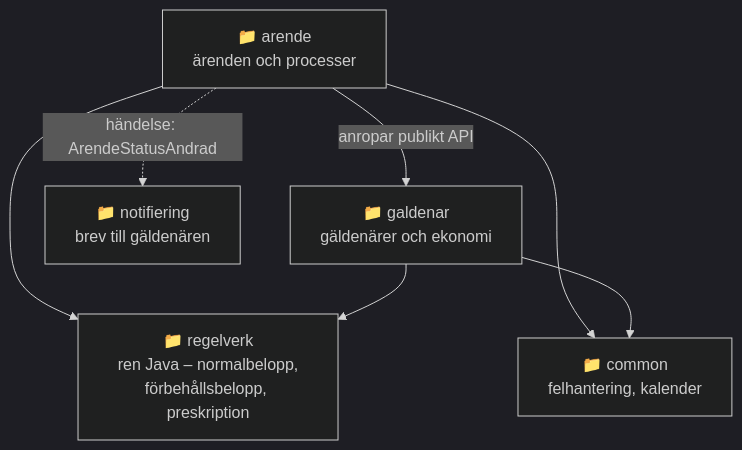
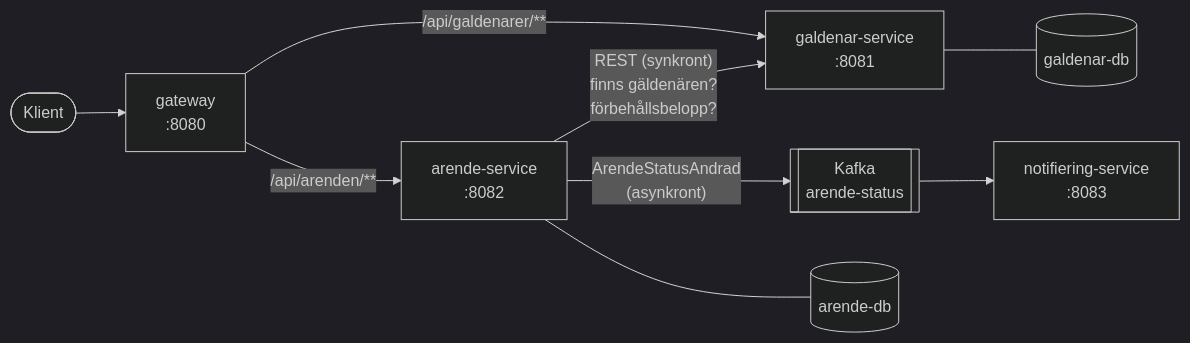
One commit to JudyTutala95/skuld-handlaggning changed the first of 2 diagrams in README.md. Above: the diagram before and after it, drawn with Mermaid (dark theme). The commit also changed other lines of this file and 216 other files, not shown here.

````diff
--- a/README.md
+++ b/README.md
@@ -115,15 +141,11 @@
 ```mermaid
-flowchart TB
-    arende["📁 arende<br/>ärenden och processer"]
-    galdenar["📁 galdenar<br/>gäldenärer och ekonomi"]
-    regelverk["📁 regelverk<br/>ren Java – normalbelopp,<br/>förbehållsbelopp, preskription"]
-    notifiering["📁 notifiering<br/>brev till gäldenären"]
-    common["📁 common<br/>felhantering, kalender"]
-
-    arende -->|anropar publikt API| galdenar
-    arende --> regelverk
-    galdenar --> regelverk
-    arende -. "händelse: ArendeStatusAndrad" .-> notifiering
-    arende --> common
-    galdenar --> common
+flowchart LR
+    klient(["Klient"]) --> gateway["gateway<br/>:8080"]
+    gateway -->|/api/galdenarer/**| galdenar["galdenar-service<br/>:8081"]
+    gateway -->|/api/arenden/**| arende["arende-service<br/>:8082"]
+    arende -->|"REST (synkront)<br/>finns gäldenären?<br/>förbehållsbelopp?"| galdenar
+    arende -->|"ArendeStatusAndrad<br/>(asynkront)"| kafka[["Kafka<br/>arende-status"]]
+    kafka --> notifiering["notifiering-service<br/>:8083"]
+    galdenar --- gdb[("galdenar-db")]
+    arende --- adb[("arende-db")]
 ```
````
